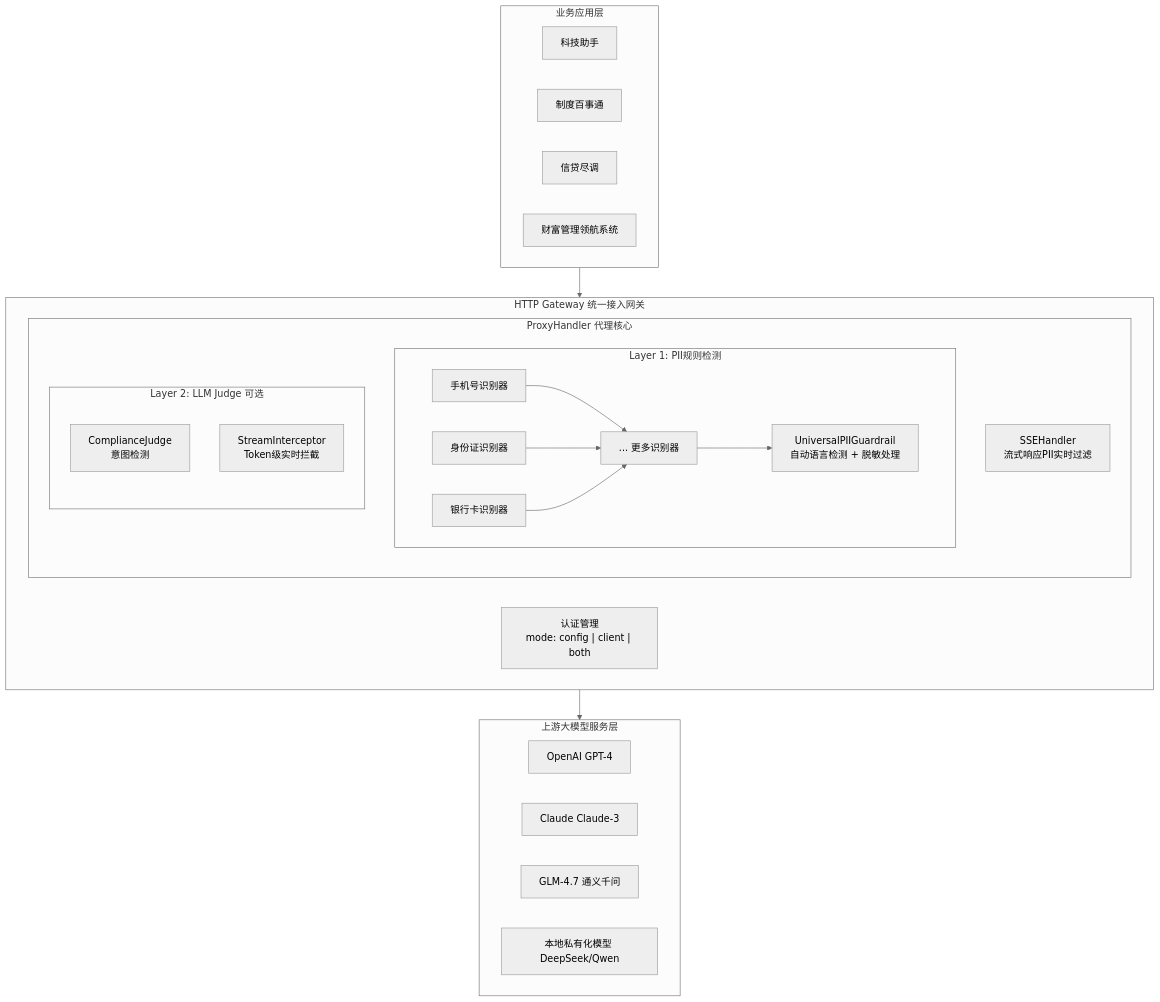
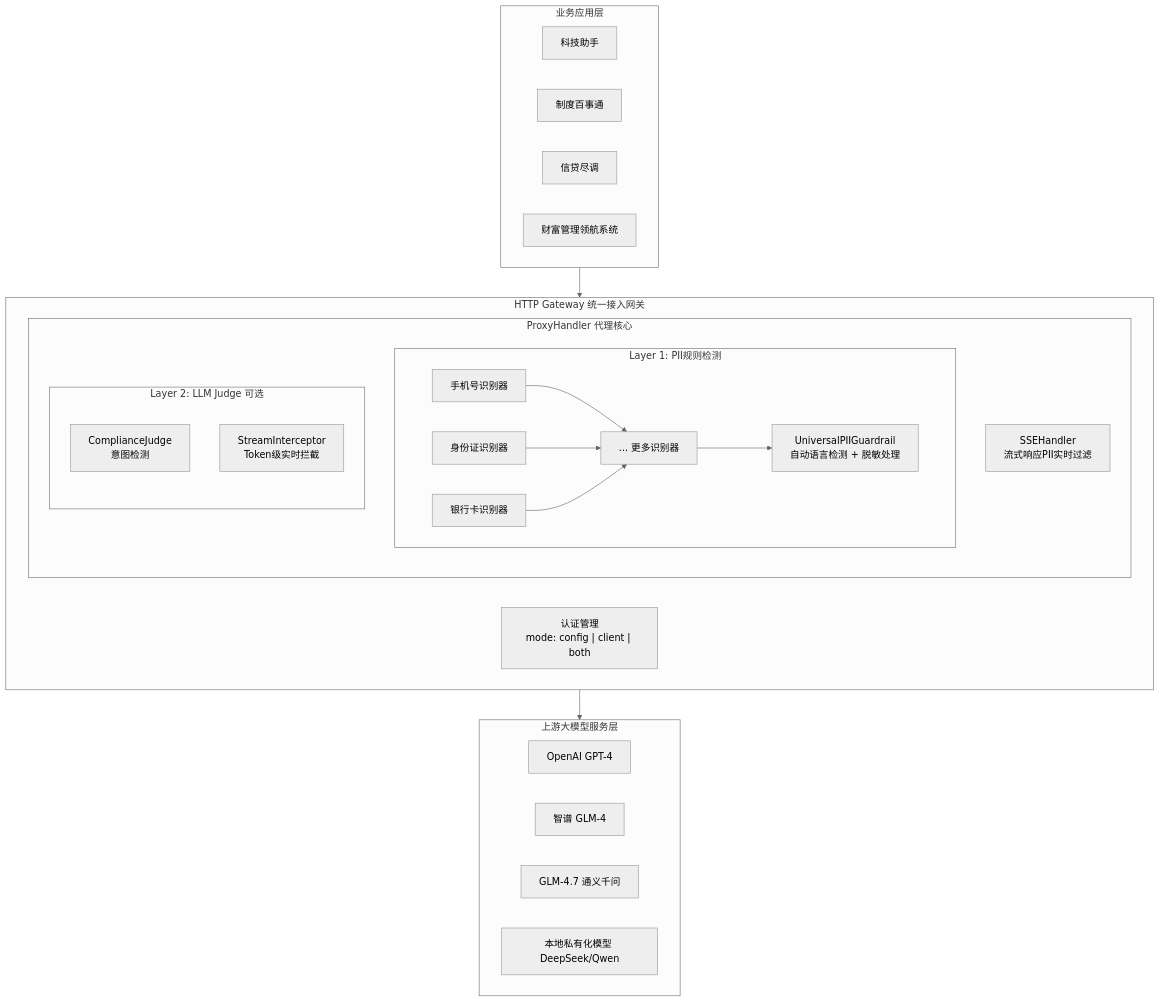
One commit to wonglaitung/splan changed the first of 14 diagrams in 3. 银行大模型接入网关技术说明书.md. Above: the diagram before and after it, drawn with Mermaid (neutral theme). The commit also changed other lines of this file and 12 other files, not shown here.

````diff
--- a/3. 银行大模型接入网关技术说明书.md
+++ b/3. 银行大模型接入网关技术说明书.md
@@ -41,37 +41,37 @@
 ```mermaid
 flowchart TB
     subgraph APP[业务应用层]
         A1[科技助手]
         A2[制度百事通]
         A3[信贷尽调]
         A4[财富管理领航系统]
     end
     subgraph GW[HTTP Gateway 统一接入网关]
         subgraph PH[ProxyHandler 代理核心]
             subgraph L1[Layer 1: PII规则检测]
                 R1[手机号识别器]
                 R2[身份证识别器]
                 R3[银行卡识别器]
                 R4["... 更多识别器"]
                 R1 --> R4
                 R2 --> R4
                 R3 --> R4
                 R4 --> UG[UniversalPIIGuardrail<br/>自动语言检测 + 脱敏处理]
             end
             subgraph L2[Layer 2: LLM Judge 可选]
                 CJ[ComplianceJudge<br/>意图检测]
                 SI[StreamInterceptor<br/>Token级实时拦截]
             end
             SSE[SSEHandler<br/>流式响应PII实时过滤]
         end
         AUTH["认证管理<br/>mode: config | client | both"]
     end
     subgraph UP[上游大模型服务层]
         M1[OpenAI GPT-4]
-        M2[Claude Claude-3]
+        M2[智谱 GLM-4]
         M3[GLM-4.7 通义千问]
         M4[本地私有化模型 DeepSeek/Qwen]
     end
     APP --> GW
     GW --> UP
 ```
````
